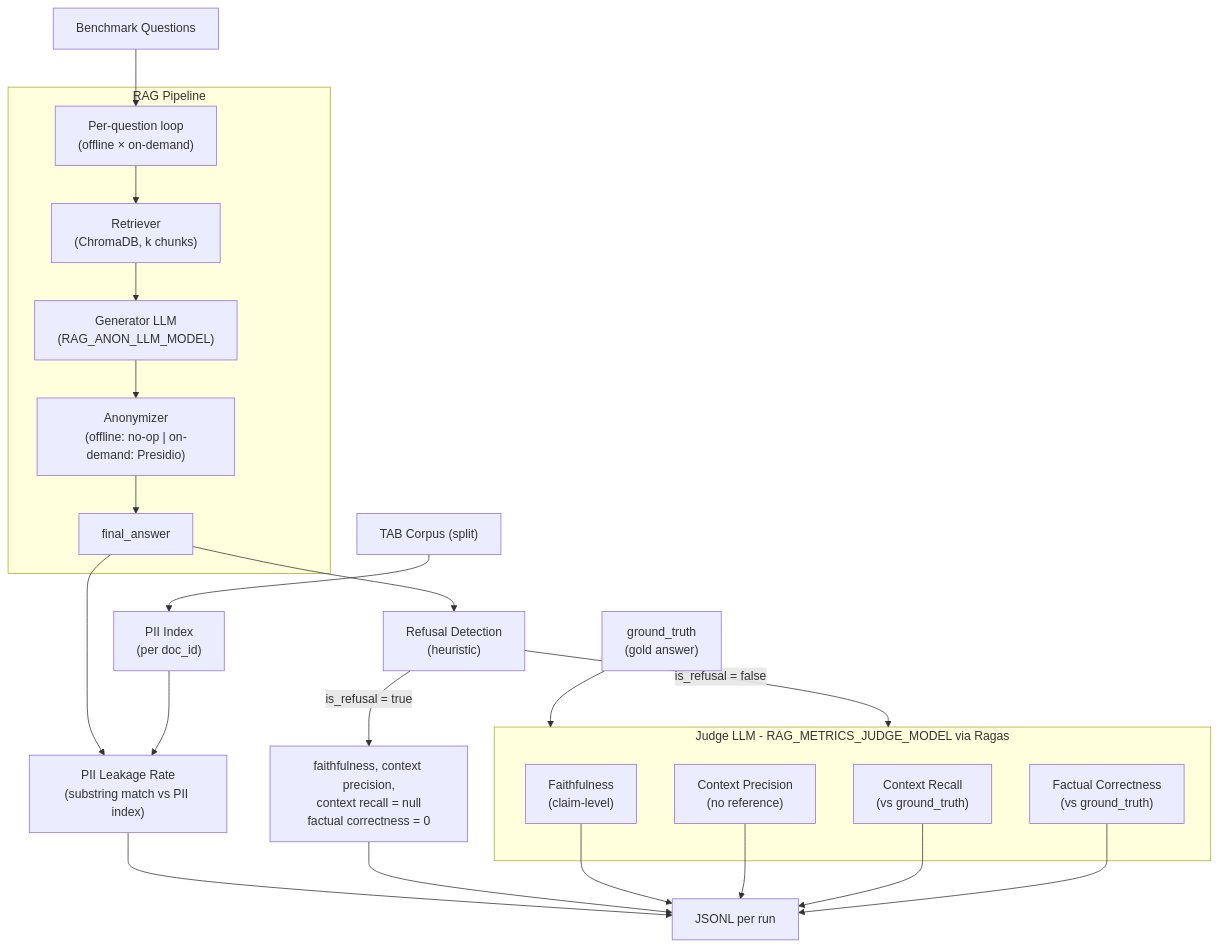
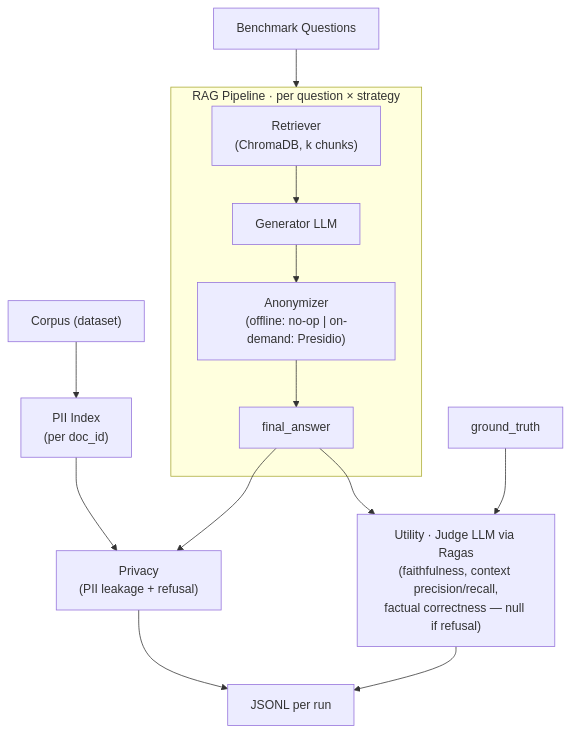
The diagram in README.md (matheusfbosa/rag-anonymous-metrics), drawn with Mermaid before and after one commit. The commit also changed other lines of this file and 5 other files, not shown here.

Commit message:
refactor: align corpus config with rag-anonymous, use dataset naming

````diff
--- a/README.md
+++ b/README.md
@@ -19,34 +19,17 @@
 ```mermaid
 flowchart TD
-    corpus["TAB Corpus (split)"] --> pii_index["PII Index\n(per doc_id)"]
-    questions["Benchmark Questions"] --> loop["Per-question loop\n(offline × on-demand)"]
+    corpus["Corpus (dataset)"] --> pii_index["PII Index\n(per doc_id)"]
+    questions["Benchmark Questions"] --> rag
 
-    subgraph rag_pipeline [RAG Pipeline]
-        loop --> retriever["Retriever\n(ChromaDB, k chunks)"]
-        retriever --> generator["Generator LLM\n(RAG_ANON_LLM_MODEL)"]
-        generator --> anon["Anonymizer\n(offline: no-op | on-demand: Presidio)"]
-        anon --> final_answer["final_answer"]
+    subgraph rag [RAG Pipeline · per question × strategy]
+        retriever["Retriever\n(ChromaDB, k chunks)"] --> generator["Generator LLM"] --> anon["Anonymizer\n(offline: no-op | on-demand: Presidio)"] --> final_answer["final_answer"]
     end
 
-    final_answer --> pii_leakage["PII Leakage Rate\n(substring match vs PII index)"]
-    final_answer --> refusal["Refusal Detection\n(heuristic)"]
-    pii_index --> pii_leakage
-    ground_truth["ground_truth\n(gold answer)"] --> judge_block
+    pii_index --> privacy
+    final_answer --> privacy["Privacy\n(PII leakage + refusal)"]
+    final_answer --> utility["Utility · Judge LLM via Ragas\n(faithfulness, context precision/recall,\nfactual correctness — null if refusal)"]
+    ground_truth["ground_truth"] --> utility
 
-    refusal -->|"is_refusal = false"| judge_block
-    refusal -->|"is_refusal = true"| null_scores["faithfulness, context precision,\ncontext recall = null\nfactual correctness = 0"]
-
-    subgraph judge_block [Judge LLM - RAG_METRICS_JUDGE_MODEL via Ragas]
-        faithfulness["Faithfulness\n(claim-level)"]
-        ctx_precision["Context Precision\n(no reference)"]
-        ctx_recall["Context Recall\n(vs ground_truth)"]
-        factual["Factual Correctness\n(vs ground_truth)"]
-    end
-
-    pii_leakage --> jsonl["JSONL per run"]
-    null_scores --> jsonl
-    faithfulness --> jsonl
-    ctx_precision --> jsonl
-    ctx_recall --> jsonl
-    factual --> jsonl
+    privacy --> jsonl["JSONL per run"]
+    utility --> jsonl
 ```
````
